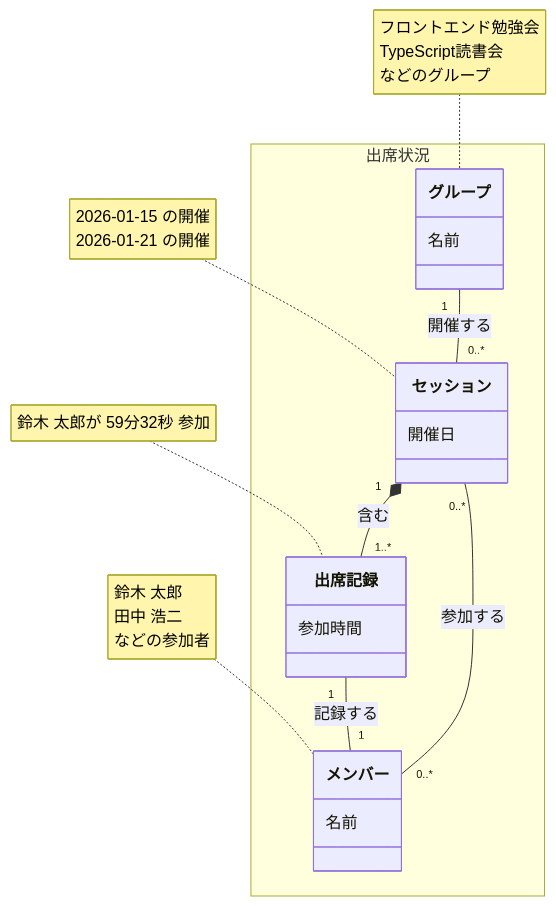
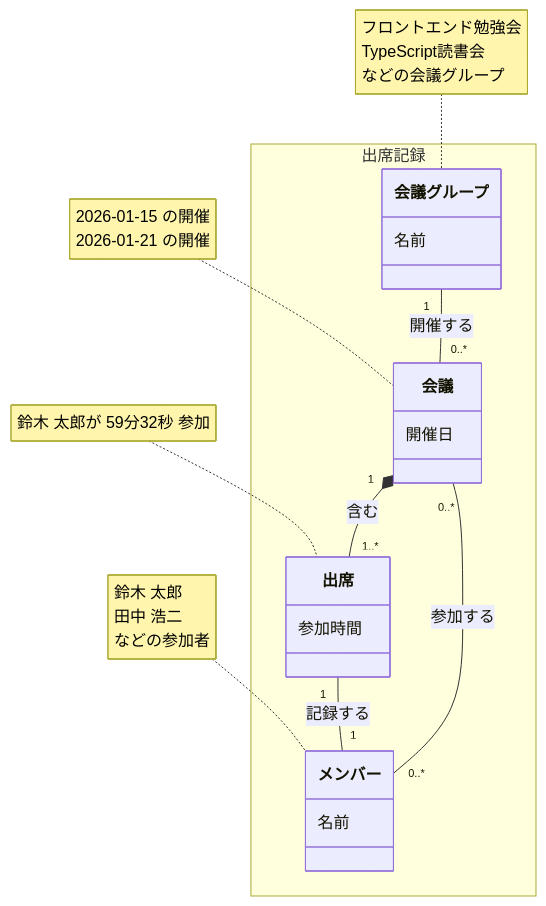
One commit to nuitsjp/teams-board changed the first of 2 diagrams in docs/index.md. Above: the diagram before and after it, drawn with Mermaid. The commit also changed other lines of this file and 19 other files, not shown here.

````diff
--- a/docs/index.md
+++ b/docs/index.md
@@ -17,27 +12,27 @@
 ```mermaid
 classDiagram
-    namespace 出席状況 {
-        class グループ {
+    namespace 出席記録 {
+        class 会議グループ {
             名前
         }
         class メンバー {
             名前
         }
-        class セッション {
+        class 会議 {
             開催日
         }
-        class 出席記録 {
+        class 出席 {
             参加時間
         }
     }
 
-    グループ "1" -- "0..*" セッション : 開催する
-    メンバー "0..*" -- "0..*" セッション : 参加する
-    セッション "1" *-- "1..*" 出席記録 : 含む
-    出席記録 "1" -- "1" メンバー : 記録する
+    会議グループ "1" -- "0..*" 会議 : 開催する
+    メンバー "0..*" -- "0..*" 会議 : 参加する
+    会議 "1" *-- "1..*" 出席 : 含む
+    出席 "1" -- "1" メンバー : 記録する
 
-    note for グループ "フロントエンド勉強会<br/>TypeScript読書会<br/>などのグループ"
+    note for 会議グループ "フロントエンド勉強会<br/>TypeScript読書会<br/>などの会議グループ"
     note for メンバー "鈴木 太郎<br/>田中 浩二<br/>などの参加者"
-    note for セッション "2026-01-15 の開催<br/>2026-01-21 の開催"
-    note for 出席記録 "鈴木 太郎が 59分32秒 参加"
+    note for 会議 "2026-01-15 の開催<br/>2026-01-21 の開催"
+    note for 出席 "鈴木 太郎が 59分32秒 参加"
 ```
````
